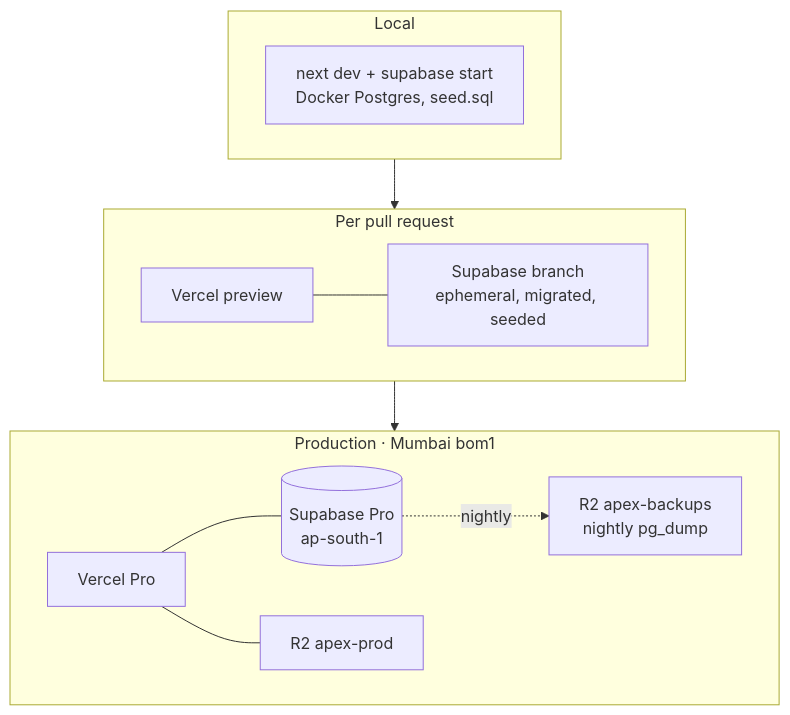
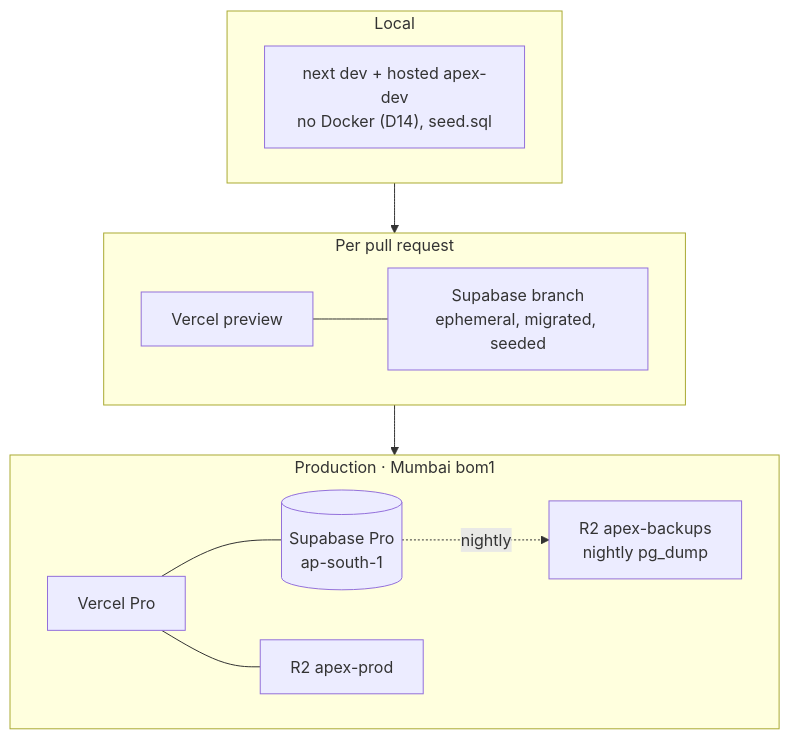
Diagram 14 of 16 in docs/system-overview.md (ApexStudios-interiors/ApexStudios), drawn with Mermaid before and after one commit. The commit also changed 15 other files, not shown here.

First line of the commit message:
refactor(db): D14 — remove Docker and the local Supabase stack

````diff
--- a/docs/system-overview.md
+++ b/docs/system-overview.md
@@ -387,22 +387,22 @@
 ```mermaid
 flowchart TB
     subgraph DEV["Local"]
-        D1["next dev + supabase start<br/>Docker Postgres, seed.sql"]
+        D1["next dev + hosted apex-dev<br/>no Docker (D14), seed.sql"]
     end
     subgraph PR["Per pull request"]
         P1["Vercel preview"]
         P2["Supabase branch<br/>ephemeral, migrated, seeded"]
         P1 --- P2
     end
     subgraph PROD["Production · Mumbai bom1"]
         V["Vercel Pro"]
         SB[("Supabase Pro<br/>ap-south-1")]
         R["R2 apex-prod"]
         BK["R2 apex-backups<br/>nightly pg_dump"]
         V --- SB
         V --- R
         SB -.nightly.-> BK
     end
 
     DEV --> PR --> PROD
 ```
````
